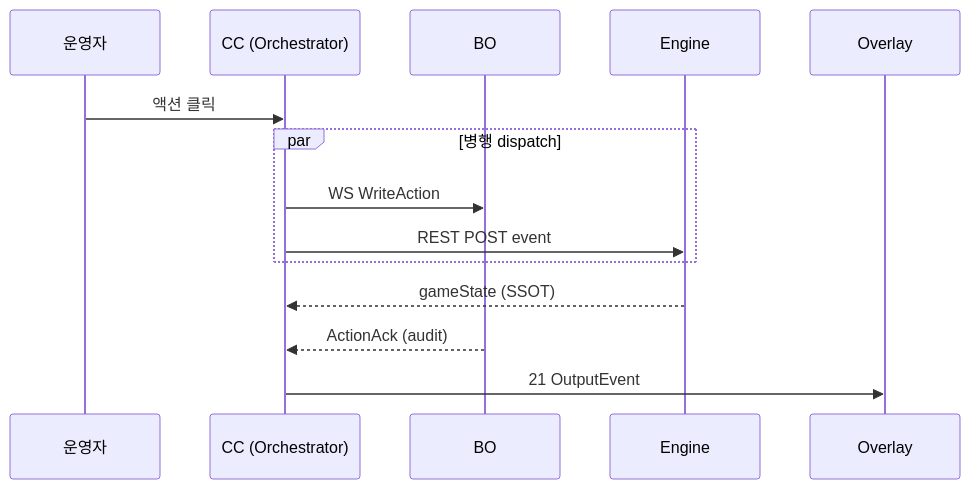
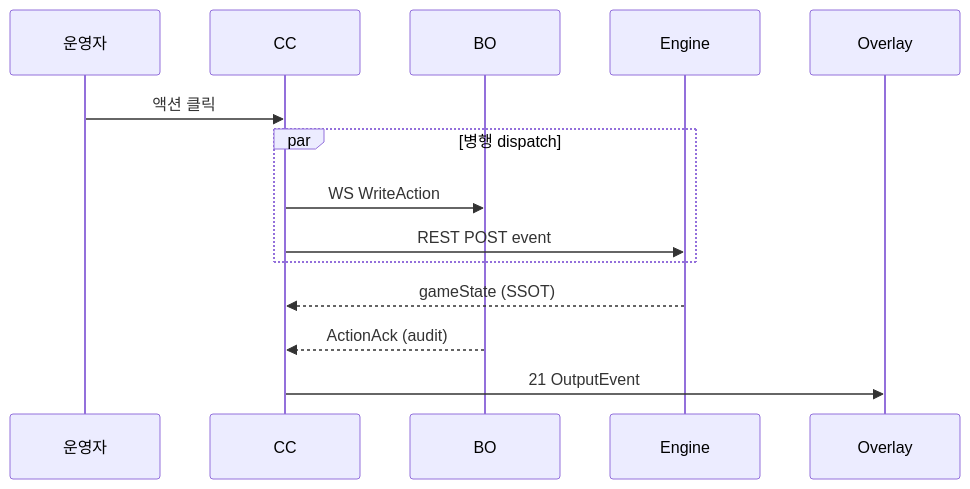
One commit to garimto81/ebs_github changed diagram 13 of 18 in docs/1. Product/Foundation.md. Above: the diagram before and after it, drawn with Mermaid. The commit also changed other lines of this file and 2 other files, not shown here.

Commit message:
docs(foundation): v4.0 Graphic Novel Edition 본문 교체 (Foundation_redesign 통합)

````diff
--- a/docs/1. Product/Foundation.md
+++ b/docs/1. Product/Foundation.md
@@ -1089,16 +728,16 @@
 ```mermaid
 sequenceDiagram
     participant Op as 운영자
-    participant CC as CC (Orchestrator)
+    participant CC
     participant BO
     participant Engine
     participant Overlay
     Op->>CC: 액션 클릭
     par 병행 dispatch
       CC->>BO: WS WriteAction
       CC->>Engine: REST POST event
     end
     Engine-->>CC: gameState (SSOT)
     BO-->>CC: ActionAck (audit)
     CC->>Overlay: 21 OutputEvent
 ```
````
